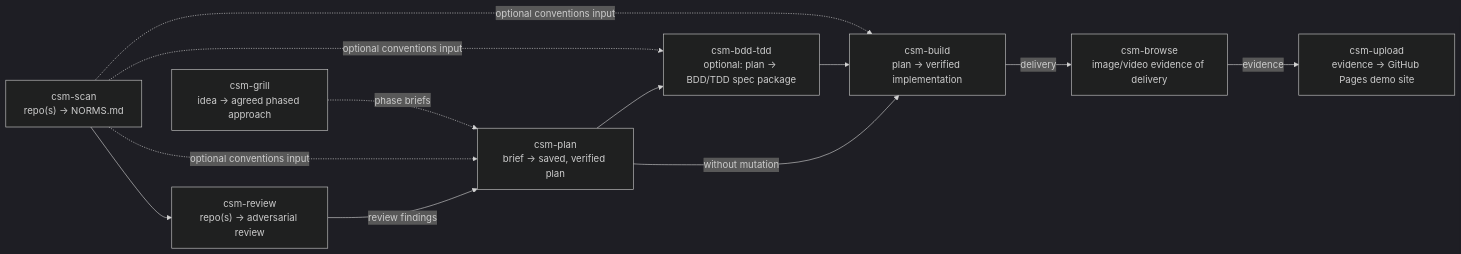
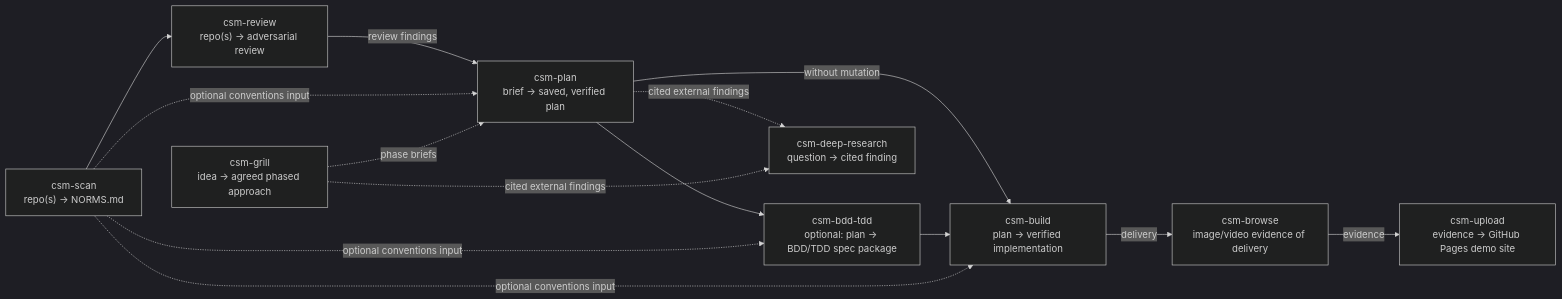
Before and after one commit to jamiemills/opencode-skills: the diagram in README.md, drawn with Mermaid (dark theme). The commit also changed other lines of this file and 1 other file, not shown here.

````diff
--- a/README.md
+++ b/README.md
@@ -23,12 +32,14 @@
 ```mermaid
 flowchart LR
     grill["csm-grill<br/>idea → agreed phased approach"] -.->|"phase briefs"| plan["csm-plan<br/>brief → saved, verified plan"]
     scan["csm-scan<br/>repo(s) → NORMS.md"] -.->|"optional conventions input"| plan
     scan -.->|"optional conventions input"| bdd["csm-bdd-tdd<br/>optional: plan → BDD/TDD spec package"]
     scan -.->|"optional conventions input"| build["csm-build<br/>plan → verified implementation"]
     scan --> review["csm-review<br/>repo(s) → adversarial review"] -->|"review findings"| plan
     plan --> bdd
     bdd --> build
     plan -->|"without mutation"| build
+    grill -.->|"cited external findings"| research["csm-deep-research<br/>question → cited finding"]
+    plan -.->|"cited external findings"| research
     build -->|"delivery"| browse["csm-browse<br/>image/video evidence of delivery"] -->|"evidence"| upload["csm-upload<br/>evidence → GitHub Pages demo site"]
 ```
````
